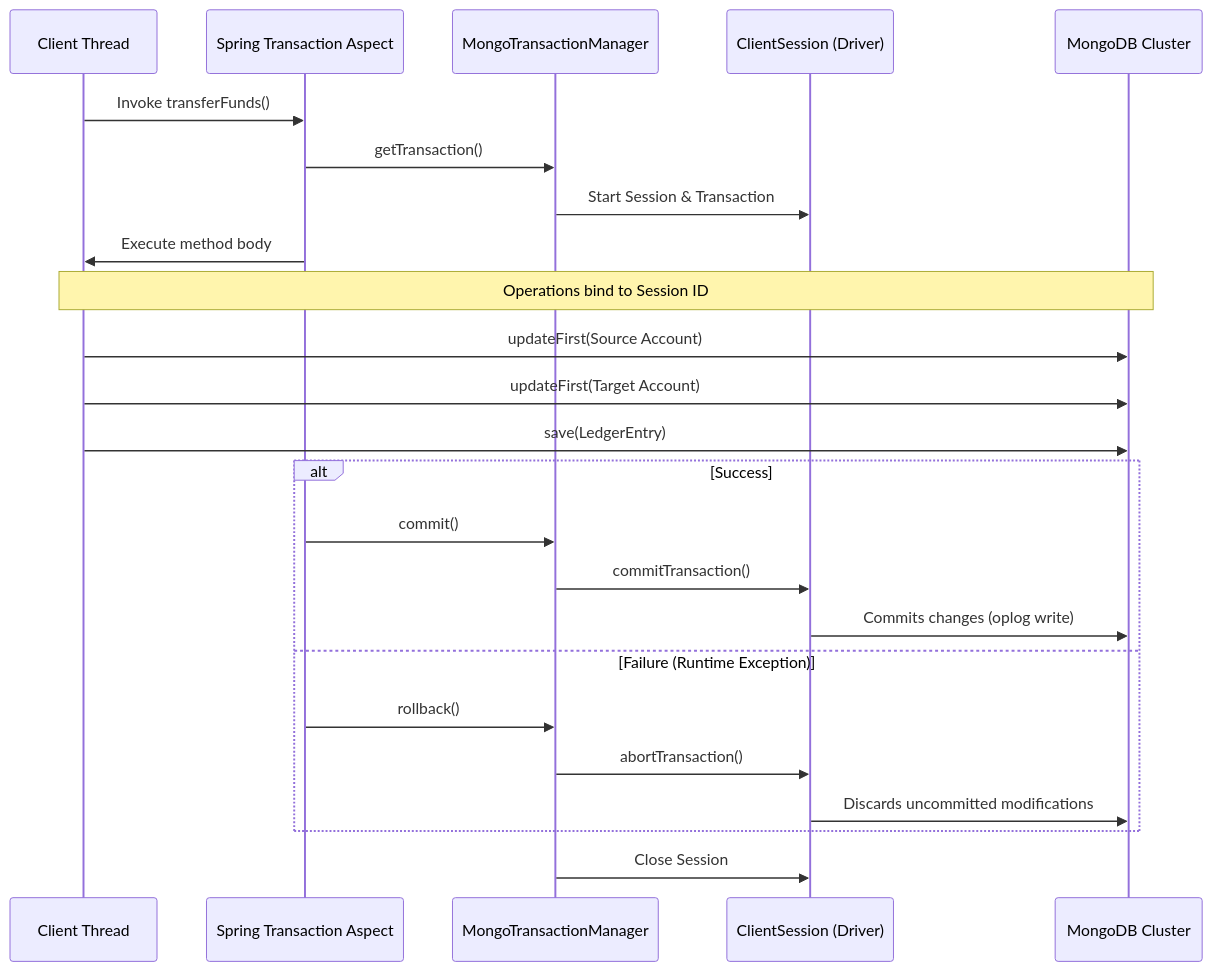
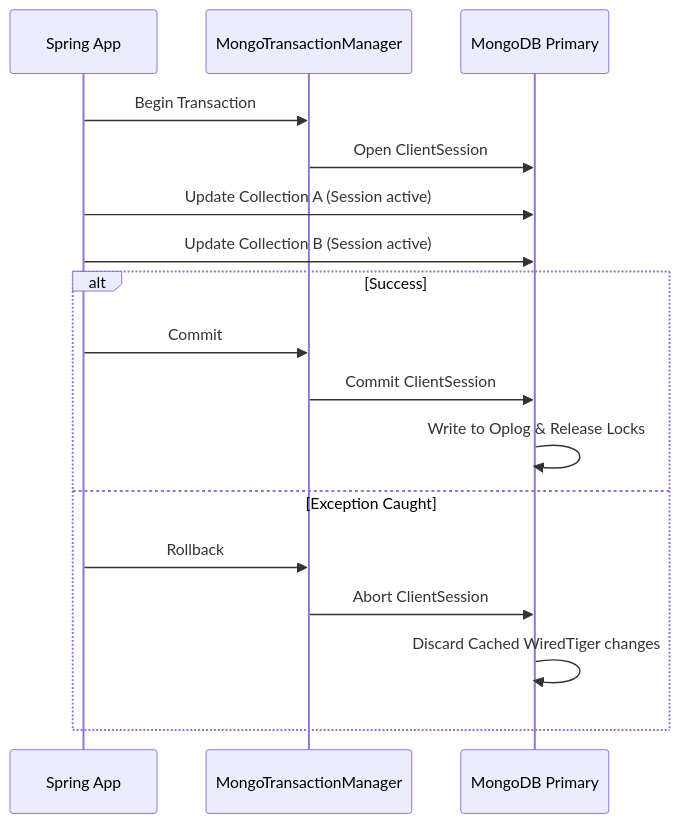
The diagram in courses/spring-mongodb-mastery/modules/07-transactions-and-consistency.md (BaoTo12/learning-repo), drawn with Mermaid before and after one commit. The commit also changed other lines of this file and 598 other files, not shown here.

````diff
--- a/courses/spring-mongodb-mastery/modules/07-transactions-and-consistency.md
+++ b/courses/spring-mongodb-mastery/modules/07-transactions-and-consistency.md
@@ -239,30 +27,19 @@
 ```mermaid
 sequenceDiagram
-    participant Client as Client Thread
-    participant Aspect as Spring Transaction Aspect
+    participant App as Spring App
     participant TM as MongoTransactionManager
-    participant Session as ClientSession (Driver)
-    participant DB as MongoDB Cluster
-    
-    Client->>Aspect: Invoke transferFunds()
-    Aspect->>TM: getTransaction()
-    TM->>Session: Start Session & Transaction
-    Aspect->>Client: Execute method body
-    
-    Note over Client, DB: Operations bind to Session ID
-    Client->>DB: updateFirst(Source Account)
-    Client->>DB: updateFirst(Target Account)
-    Client->>DB: save(LedgerEntry)
-    
+    participant DB as MongoDB Primary
+    App->>TM: Begin Transaction
+    TM->>DB: Open ClientSession
+    App->>DB: Update Collection A (Session active)
+    App->>DB: Update Collection B (Session active)
     alt Success
-        Aspect->>TM: commit()
-        TM->>Session: commitTransaction()
-        Session->>DB: Commits changes (oplog write)
-    else Failure (Runtime Exception)
-        Aspect->>TM: rollback()
-        TM->>Session: abortTransaction()
-        Session->>DB: Discards uncommitted modifications
+        App->>TM: Commit
+        TM->>DB: Commit ClientSession
+        DB->>DB: Write to Oplog & Release Locks
+    else Exception Caught
+        App->>TM: Rollback
+        TM->>DB: Abort ClientSession
+        DB->>DB: Discard Cached WiredTiger changes
     end
-    
-    TM->>Session: Close Session
 ```
````
